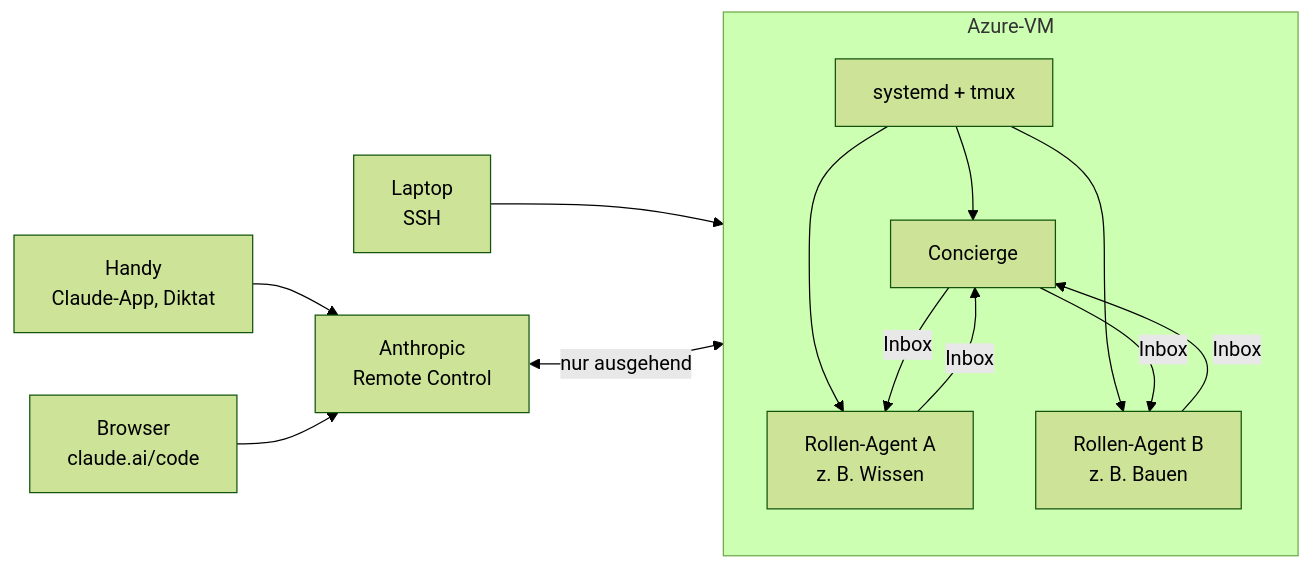
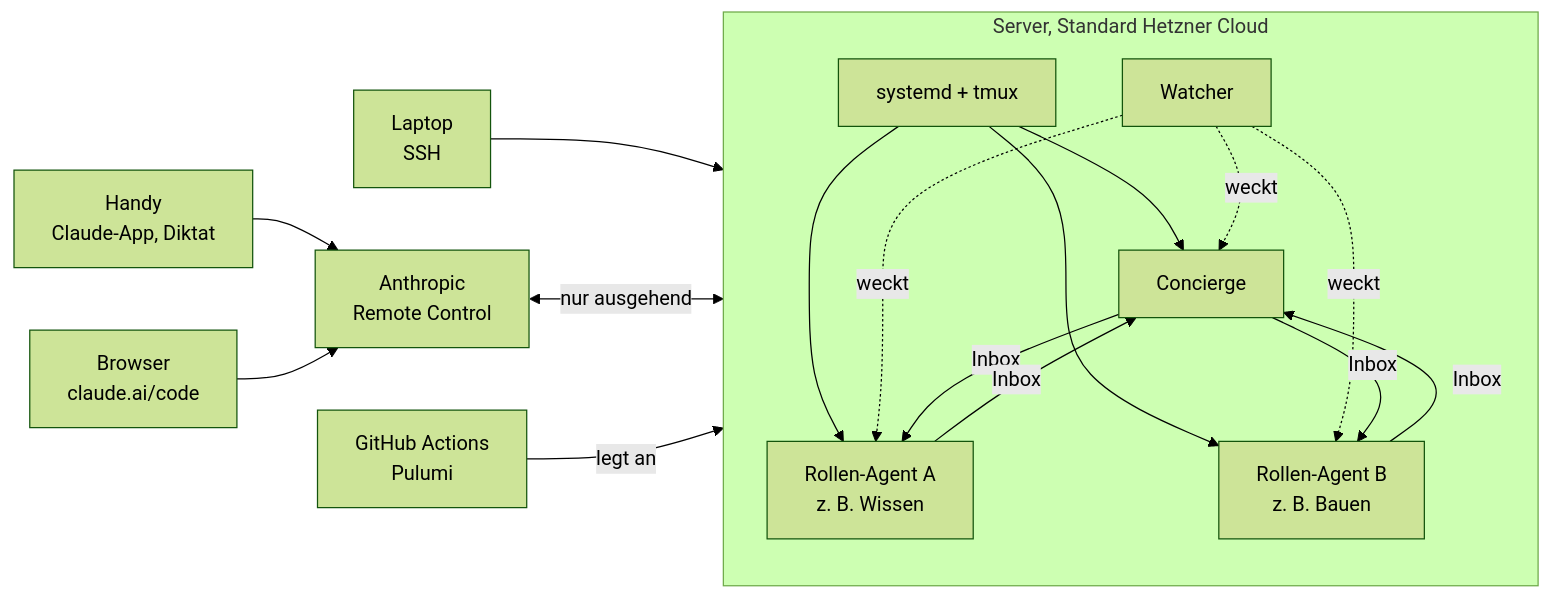
Before and after one commit to merlinbecker/playdate-claude-client: the diagram in docs/bootstrap.md, drawn with Mermaid (forest theme). The commit also changed other lines of this file and 24 other files, not shown here.

````diff
--- a/docs/bootstrap.md
+++ b/docs/bootstrap.md
@@ -9,15 +11,17 @@
 ```mermaid
 flowchart LR
     H[Handy<br/>Claude-App, Diktat] --> A[Anthropic<br/>Remote Control]
     B[Browser<br/>claude.ai/code] --> A
     S[Laptop<br/>SSH] --> VM
     A <-->|nur ausgehend| VM
+    GH[GitHub Actions<br/>Pulumi] -->|legt an| VM
 
-    subgraph VM[Azure-VM]
+    subgraph VM[Server, Standard Hetzner Cloud]
         T[systemd + tmux] --> C[Concierge]
         T --> RA[Rollen-Agent A<br/>z. B. Wissen]
         T --> RB[Rollen-Agent B<br/>z. B. Bauen]
+        W[Watcher] -.->|weckt| C & RA & RB
         C -->|Inbox| RA & RB
         RA & RB -->|Inbox| C
     end
 ```
````
